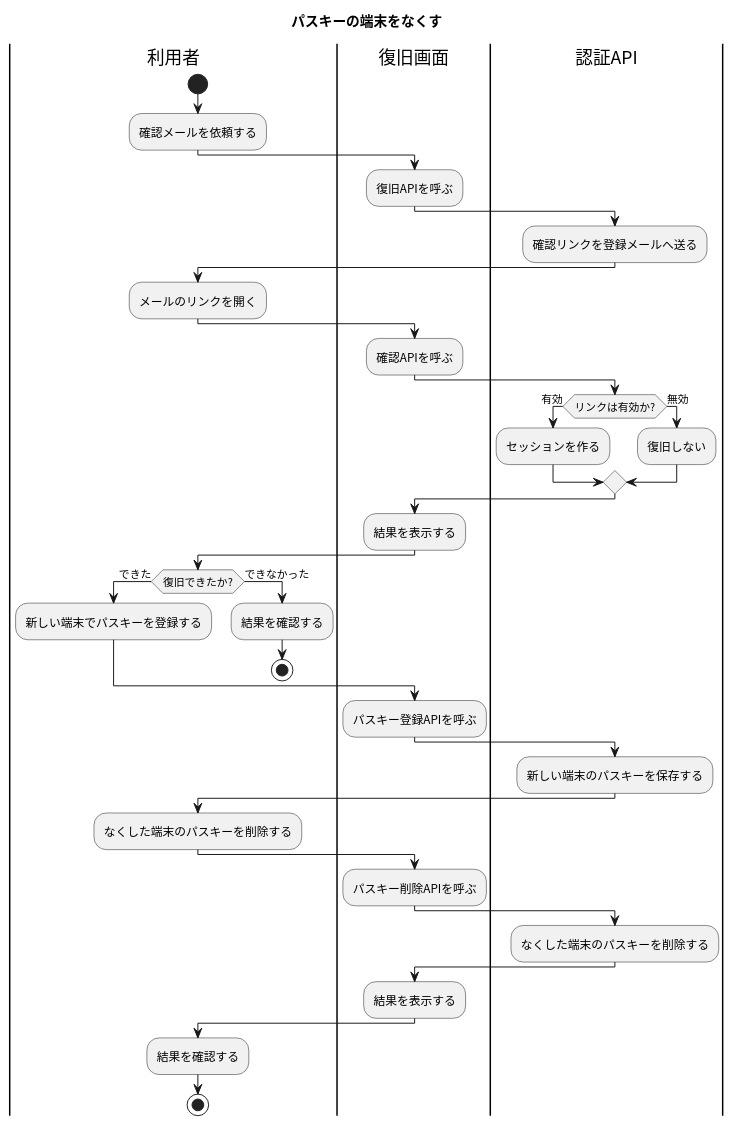
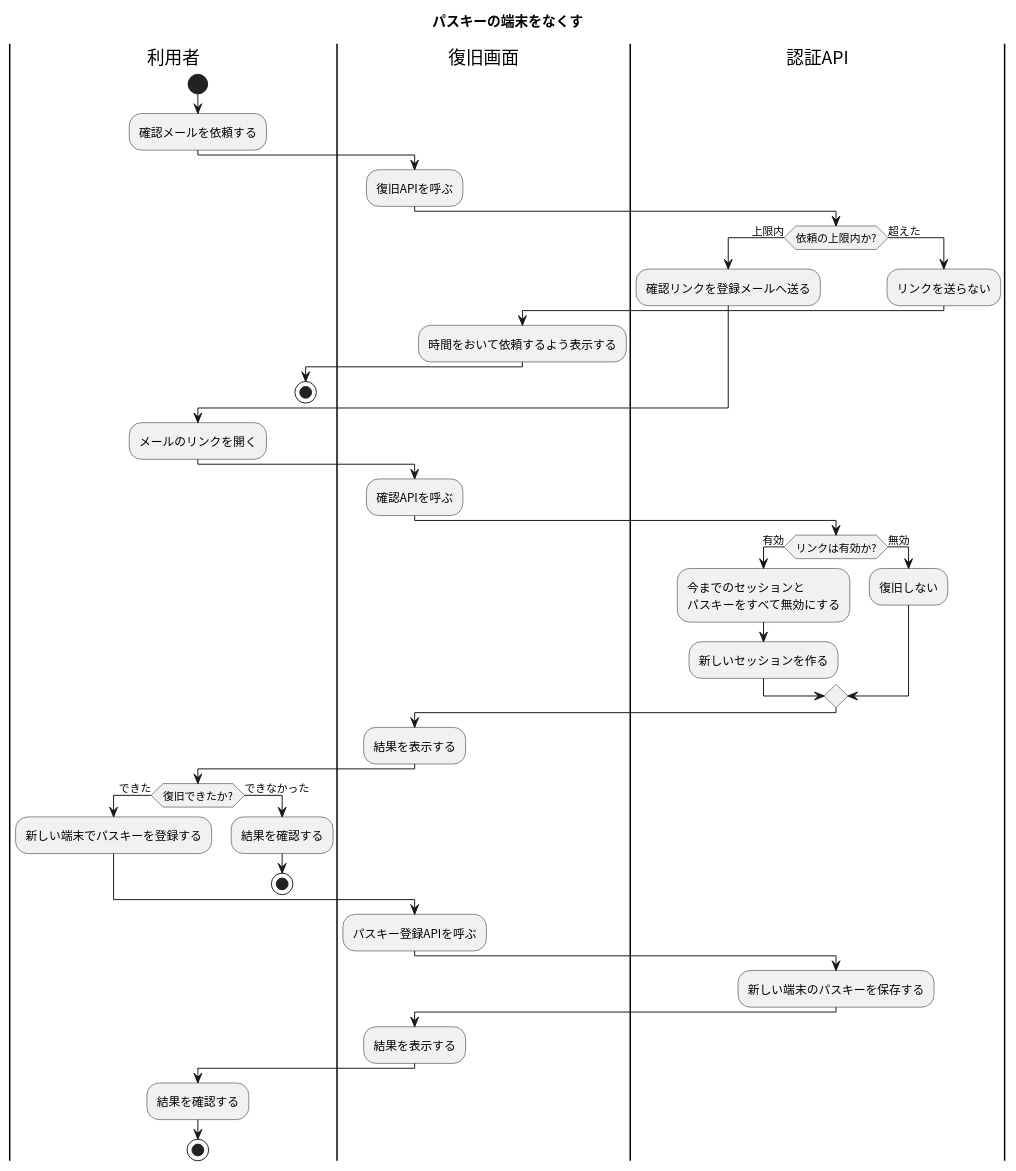
Before and after one commit to masamasamasato/design-doc-template: the diagram in docs/business/パスキーの端末をなくす/flow.puml, drawn with PlantUML. The commit also changed 57 other files, not shown here.

```diff
--- a/docs/business/パスキーの端末をなくす/flow.puml
+++ b/docs/business/パスキーの端末をなくす/flow.puml
@@ -3,63 +3,63 @@
 @startuml
 skinparam shadowing false
 skinparam defaultFontName "Noto Sans CJK JP"
 skinparam ActivityFontName "Noto Sans CJK JP"
 
 title パスキーの端末をなくす
 
 |利用者|
 start
 :確認メールを依頼する;
 
 |復旧画面|
 :復旧APIを呼ぶ;
 
 |認証API|
-:確認リンクを登録メールへ送る;
+if (依頼の上限内か?) then (上限内)
+  :確認リンクを登録メールへ送る;
+else (超えた)
+  :リンクを送らない;
+  |復旧画面|
+  :時間をおいて依頼するよう表示する;
+  |利用者|
+  stop
+endif
 
 |利用者|
 :メールのリンクを開く;
 
 |復旧画面|
 :確認APIを呼ぶ;
 
 |認証API|
 if (リンクは有効か?) then (有効)
-  :セッションを作る;
+  :今までのセッションと\nパスキーをすべて無効にする;
+  :新しいセッションを作る;
 else (無効)
   :復旧しない;
 endif
 
 |復旧画面|
 :結果を表示する;
 
 |利用者|
 if (復旧できたか?) then (できた)
   :新しい端末でパスキーを登録する;
 else (できなかった)
   :結果を確認する;
   stop
 endif
 
 |復旧画面|
 :パスキー登録APIを呼ぶ;
 
 |認証API|
 :新しい端末のパスキーを保存する;
 
-|利用者|
-:なくした端末のパスキーを削除する;
-
-|復旧画面|
-:パスキー削除APIを呼ぶ;
-
-|認証API|
-:なくした端末のパスキーを削除する;
-
 |復旧画面|
 :結果を表示する;
 
 |利用者|
 :結果を確認する;
 stop
 @enduml
```
